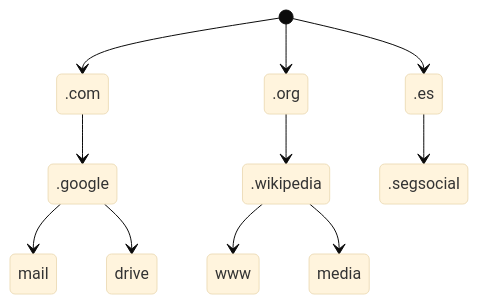
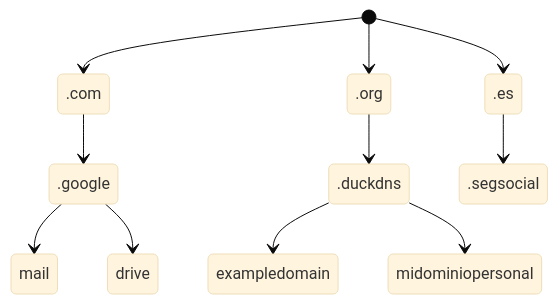
The diagram in redes/DNS.md (brodriguez-opennebula/tests), drawn with Mermaid (base theme) before and after one commit. The commit also changed other lines of this file, not shown here.

````diff
--- a/redes/DNS.md
+++ b/redes/DNS.md
@@ -20,14 +23,13 @@
 ``` mermaid
 stateDiagram-v2
     [*] --> .com
     [*] --> .org
     [*] --> .es
     .com --> .google
     .google --> mail
     .google --> drive
-    .org --> .wikipedia
-    .wikipedia --> www
-    .wikipedia --> media
+    .org --> .duckdns
+    .duckdns --> exampledomain
+    .duckdns --> midominiopersonal
     .es --> .segsocial
-
 ```
````
